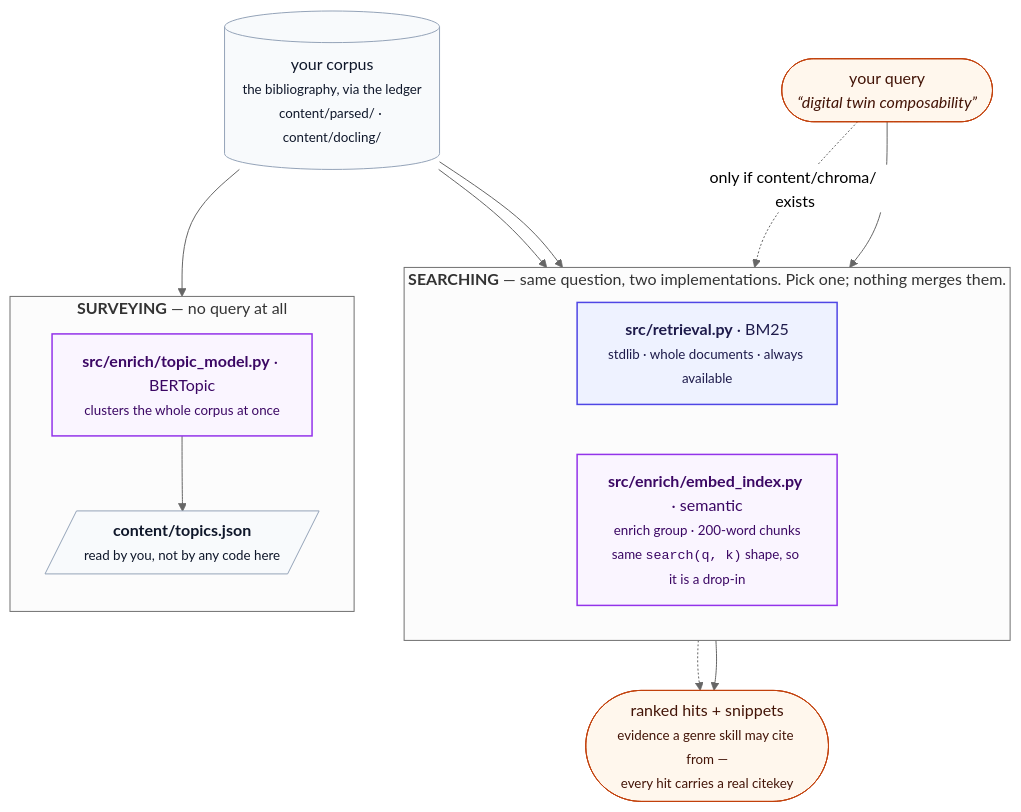
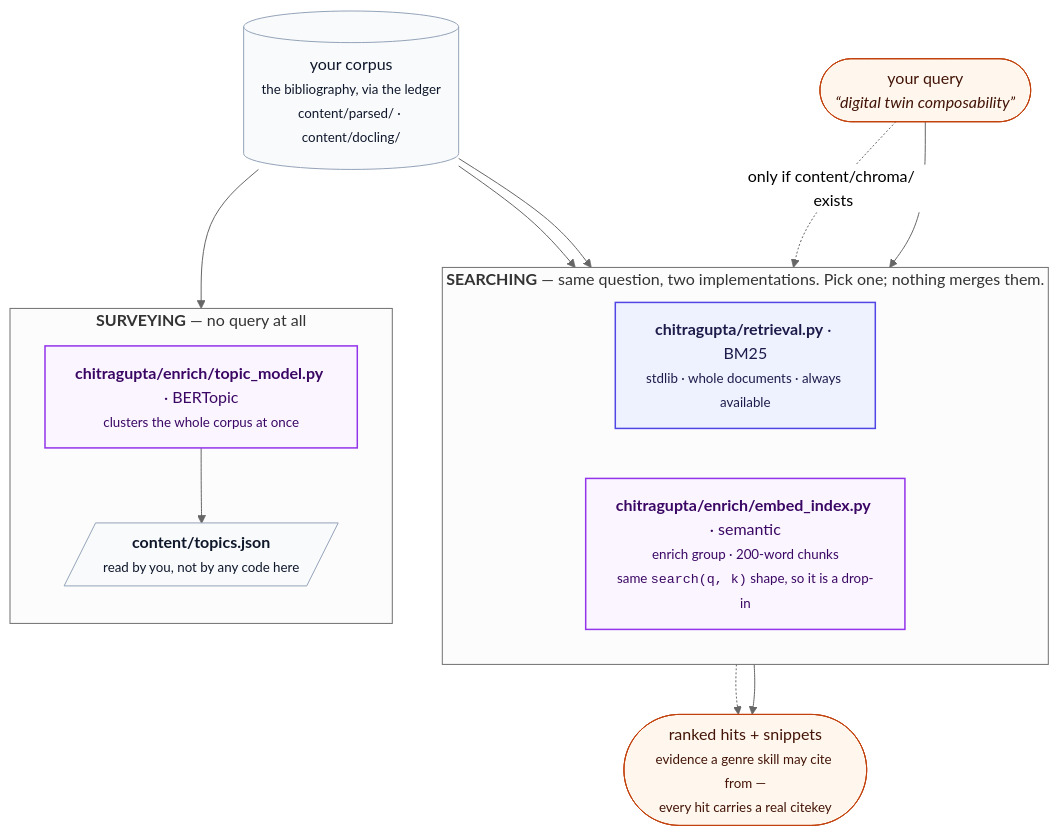
Before and after one commit to prasadtalasila/chitragupta: the diagram in docs/RETRIEVAL.md, drawn with Mermaid (neutral theme). The commit also changed other lines of this file and 255 other files, not shown here.

````diff
--- a/docs/RETRIEVAL.md
+++ b/docs/RETRIEVAL.md
@@ -30,38 +31,38 @@
 ```mermaid
 flowchart TB
 
   Q(["your query<br/><i>“digital twin composability”</i>"])
 
   subgraph SEARCH["<b>SEARCHING</b> — same question, two implementations. Pick one; nothing merges them."]
     direction LR
-    BM25["<b>src/retrieval.py</b> · BM25<br/><small>stdlib · whole documents · always available</small>"]
-    EMB["<b>src/enrich/embed_index.py</b> · semantic<br/><small>enrich group · 200-word chunks<br/>same <code>search(q, k)</code> shape, so it is a drop-in</small>"]
+    BM25["<b>chitragupta/retrieval.py</b> · BM25<br/><small>stdlib · whole documents · always available</small>"]
+    EMB["<b>chitragupta/enrich/embed_index.py</b> · semantic<br/><small>enrich group · 200-word chunks<br/>same <code>search(q, k)</code> shape, so it is a drop-in</small>"]
   end
 
   subgraph SURVEY["<b>SURVEYING</b> — no query at all"]
     direction TB
-    BERT["<b>src/enrich/topic_model.py</b> · BERTopic<br/><small>clusters the whole corpus at once</small>"]
+    BERT["<b>chitragupta/enrich/topic_model.py</b> · BERTopic<br/><small>clusters the whole corpus at once</small>"]
     TOP[/"<b>content/topics.json</b><br/><small>read by you, not by any code here</small>"/]
     BERT --> TOP
   end
 
   HITS(["ranked hits + snippets<br/><small>evidence a genre skill may cite from —<br/>every hit carries a real citekey</small>"])
   CORPUS[("your corpus<br/><small>the bibliography, via the ledger<br/>content/parsed/ · content/docling/</small>")]
 
   Q --> BM25 --> HITS
   Q -. "only if content/chroma/ exists" .-> EMB
   EMB -.-> HITS
   CORPUS --> BM25
   CORPUS --> EMB
   CORPUS --> BERT
 
   classDef q fill:#fff7ed,stroke:#c2410c,color:#431407
   classDef light fill:#eef2ff,stroke:#4f46e5,stroke-width:1.5px,color:#1e1b4b
   classDef heavy fill:#faf5ff,stroke:#9333ea,stroke-width:1.5px,color:#3b0764
   classDef store fill:#f8fafc,stroke:#94a3b8,color:#0f172a
 
   class Q,HITS q
   class BM25 light
   class EMB,BERT heavy
   class TOP,CORPUS store
 ```
````
